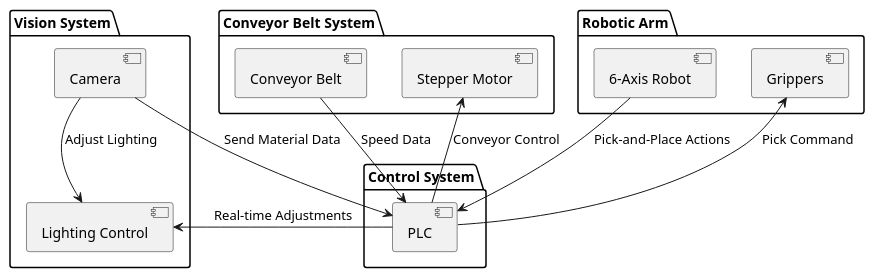
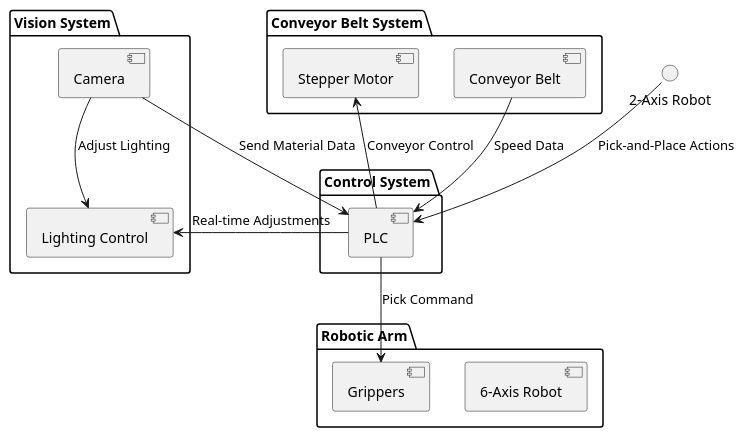
Before and after one commit to MetalRecyclingSaxion/Project: the first of 2 diagrams in src/4.1BlueprintDiagram.md, drawn with PlantUML. The commit also changed other lines of this file and 1 other file, not shown here.

Commit message:
First additions to the system communication diagram

````diff
--- a/src/4.1BlueprintDiagram.md
+++ b/src/4.1BlueprintDiagram.md
@@ -3,30 +3,30 @@
 ```plantuml
 @startuml
 package "Vision System" {
   component Camera
   component "Lighting Control"
 }
 
 package "Conveyor Belt System" {
   component "Conveyor Belt"
   component "Stepper Motor"
 }
 
 package "Robotic Arm" {
   component "6-Axis Robot"
   component "Grippers"
 }
 
 package "Control System" {
   component "PLC"
 }
 
 Camera --> "Lighting Control": Adjust Lighting
 Camera --> PLC: Send Material Data
 "Conveyor Belt" --> PLC: Speed Data
-"6-Axis Robot" --> PLC: Pick-and-Place Actions
+"2-Axis Robot" --> PLC: Pick-and-Place Actions
 "PLC" --> "Lighting Control": Real-time Adjustments
 "PLC" --> "Stepper Motor": Conveyor Control
 "PLC" --> "Grippers": Pick Command
 @enduml
 ```
````
